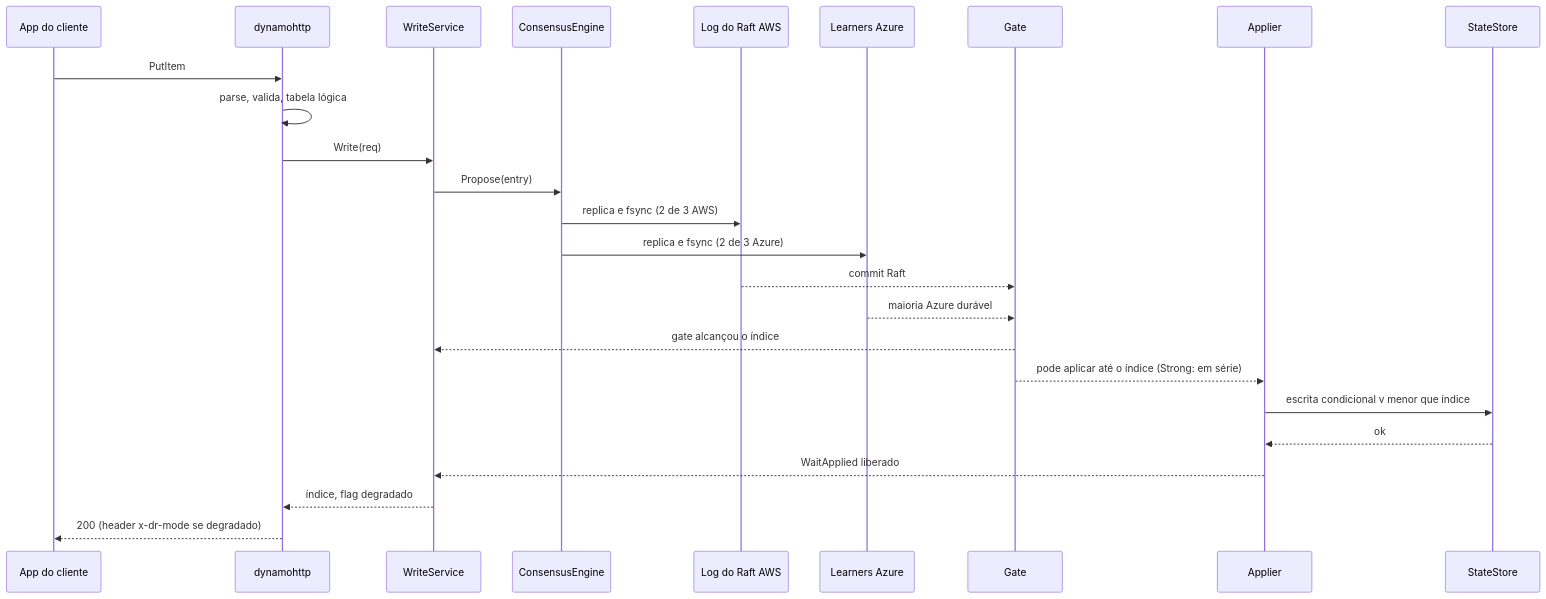
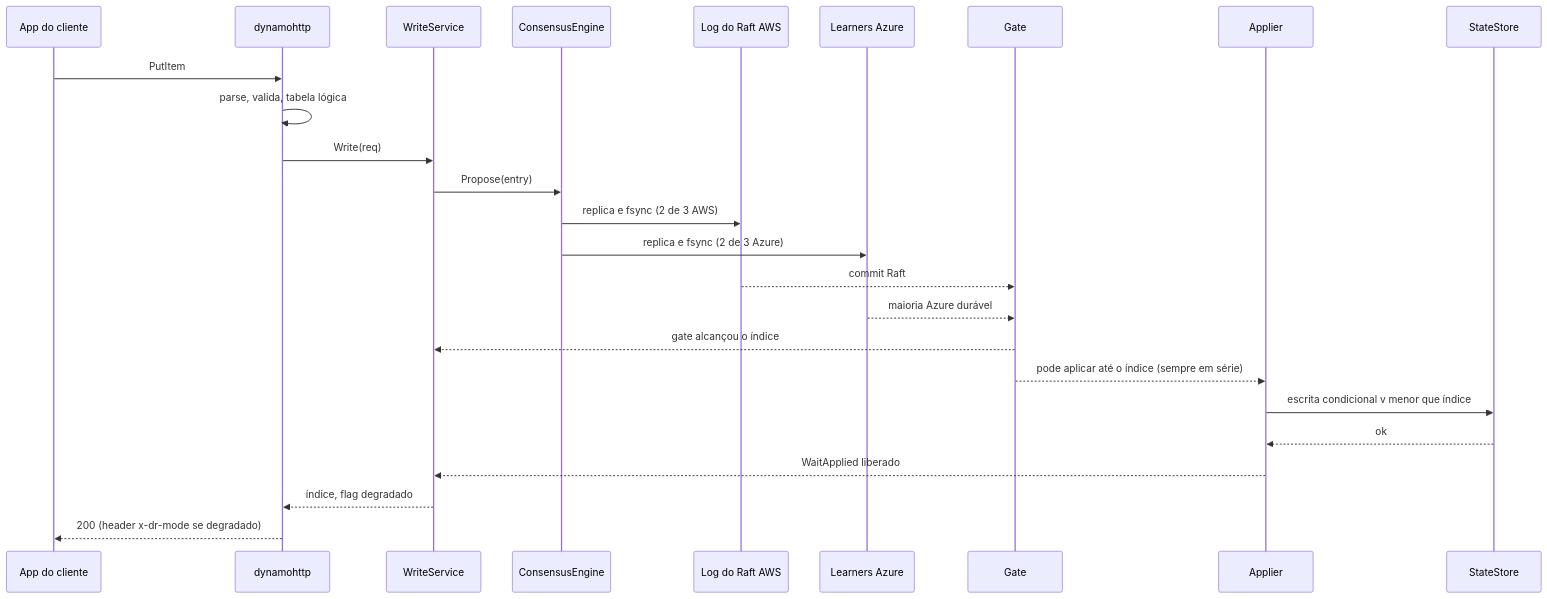
One commit to brbarmex/k changed the fourth of 10 diagrams in 05_implementacao/02_desenho_e_diagramas.md. Above: the diagram before and after it, drawn with Mermaid. The commit also changed other lines of this file and 139 other files, not shown here.

````diff
--- a/05_implementacao/02_desenho_e_diagramas.md
+++ b/05_implementacao/02_desenho_e_diagramas.md
@@ -137,27 +138,27 @@
 ```mermaid
 sequenceDiagram
     participant App as App do cliente
     participant API as dynamohttp
     participant W as WriteService
     participant C as ConsensusEngine
     participant L as Log do Raft AWS
     participant Az as Learners Azure
     participant G as Gate
     participant AP as Applier
     participant DB as StateStore
     App->>API: PutItem
     API->>API: parse, valida, tabela lógica
     API->>W: Write(req)
     W->>C: Propose(entry)
     C->>L: replica e fsync (2 de 3 AWS)
     C->>Az: replica e fsync (2 de 3 Azure)
     L-->>G: commit Raft
     Az-->>G: maioria Azure durável
     G-->>W: gate alcançou o índice
-    G-->>AP: pode aplicar até o índice (Strong: em série)
+    G-->>AP: pode aplicar até o índice (sempre em série)
     AP->>DB: escrita condicional v menor que índice
     DB-->>AP: ok
     AP-->>W: WaitApplied liberado
     W-->>API: índice, flag degradado
     API-->>App: 200 (header x-dr-mode se degradado)
 ```
````
